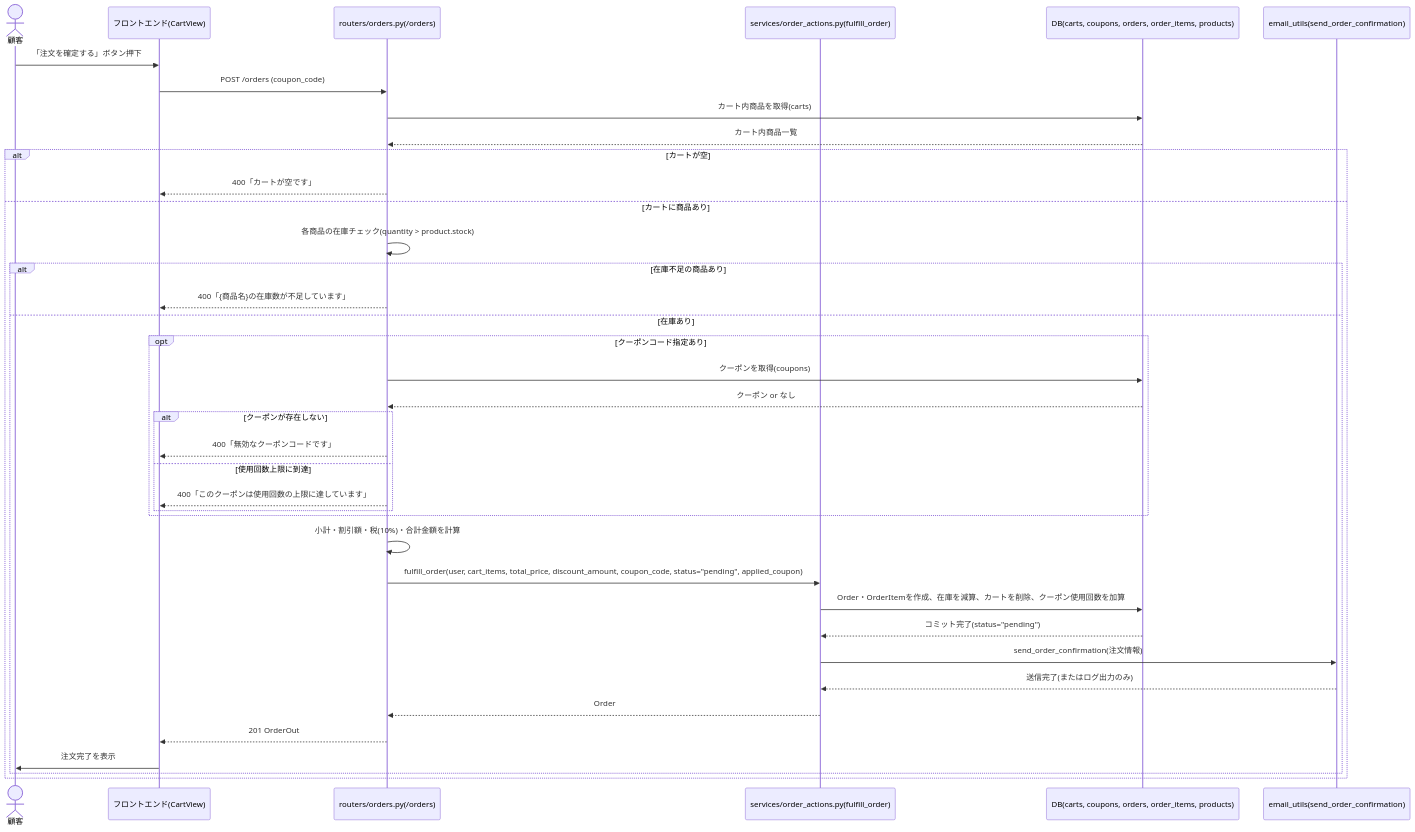
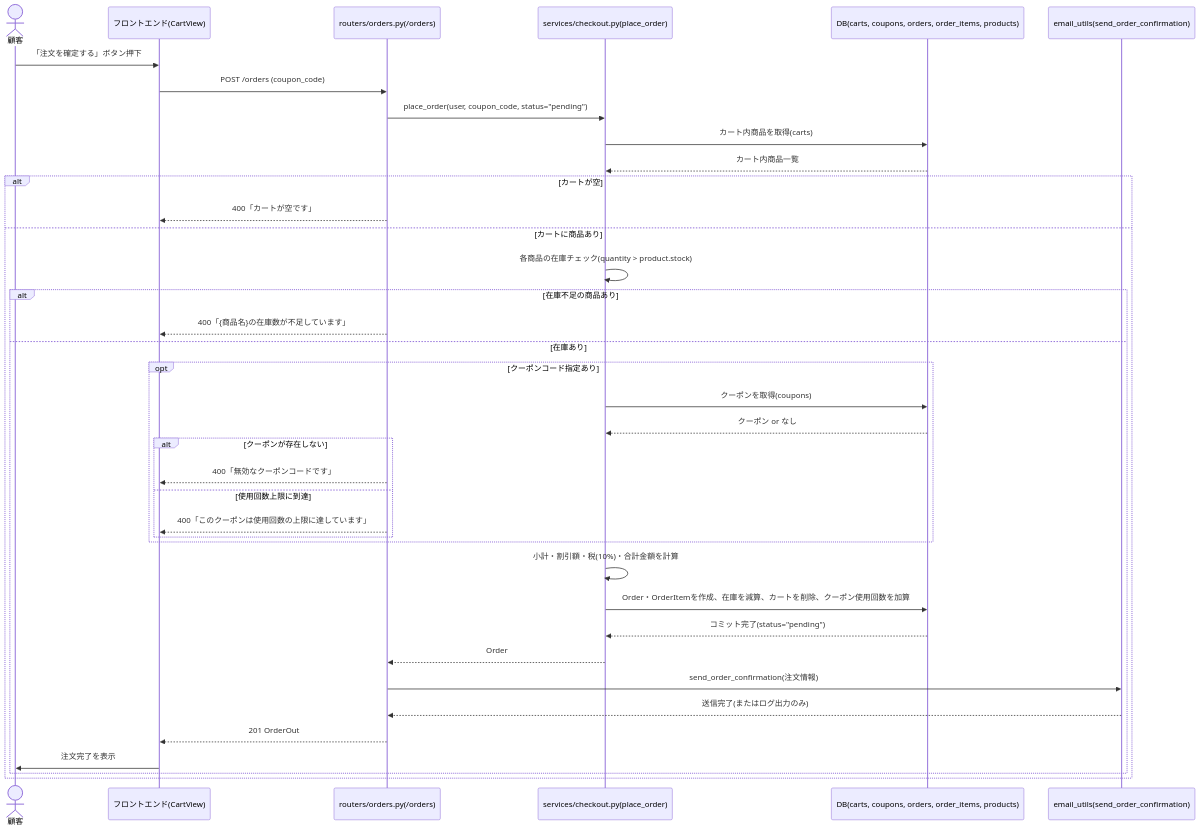
Before and after one commit to KokiNakano2nd/ec2site: the first of 12 diagrams in docs/deliverables/internal_design/03_sequence_diagram.md, drawn with Mermaid. The commit also changed other lines of this file and 82 other files, not shown here.

````diff
--- a/docs/deliverables/internal_design/03_sequence_diagram.md
+++ b/docs/deliverables/internal_design/03_sequence_diagram.md
@@ -12,42 +12,42 @@
 ```mermaid
 sequenceDiagram
     actor 顧客
     participant Frontend as フロントエンド(CartView)
     participant API as routers/orders.py(/orders)
-    participant Service as services/order_actions.py(fulfill_order)
+    participant Service as services/checkout.py(place_order)
     participant DB as DB(carts, coupons, orders, order_items, products)
     participant Mail as email_utils(send_order_confirmation)
 
     顧客->>Frontend: 「注文を確定する」ボタン押下
     Frontend->>API: POST /orders (coupon_code)
-    API->>DB: カート内商品を取得(carts)
-    DB-->>API: カート内商品一覧
+    API->>Service: place_order(user, coupon_code, status="pending")
+    Service->>DB: カート内商品を取得(carts)
+    DB-->>Service: カート内商品一覧
 
     alt カートが空
         API-->>Frontend: 400「カートが空です」
     else カートに商品あり
-        API->>API: 各商品の在庫チェック(quantity > product.stock)
+        Service->>Service: 各商品の在庫チェック(quantity > product.stock)
         alt 在庫不足の商品あり
             API-->>Frontend: 400「{商品名}の在庫数が不足しています」
         else 在庫あり
             opt クーポンコード指定あり
-                API->>DB: クーポンを取得(coupons)
-                DB-->>API: クーポン or なし
+                Service->>DB: クーポンを取得(coupons)
+                DB-->>Service: クーポン or なし
                 alt クーポンが存在しない
                     API-->>Frontend: 400「無効なクーポンコードです」
                 else 使用回数上限に到達
                     API-->>Frontend: 400「このクーポンは使用回数の上限に達しています」
                 end
             end
-            API->>API: 小計・割引額・税(10%)・合計金額を計算
-            API->>Service: fulfill_order(user, cart_items, total_price, discount_amount, coupon_code, status="pending", applied_coupon)
+            Service->>Service: 小計・割引額・税(10%)・合計金額を計算
             Service->>DB: Order・OrderItemを作成、在庫を減算、カートを削除、クーポン使用回数を加算
             DB-->>Service: コミット完了(status="pending")
-            Service->>Mail: send_order_confirmation(注文情報)
-            Mail-->>Service: 送信完了(またはログ出力のみ)
             Service-->>API: Order
+            API->>Mail: send_order_confirmation(注文情報)
+            Mail-->>API: 送信完了(またはログ出力のみ)
             API-->>Frontend: 201 OrderOut
             Frontend->>顧客: 注文完了を表示
         end
     end
 ```
````
